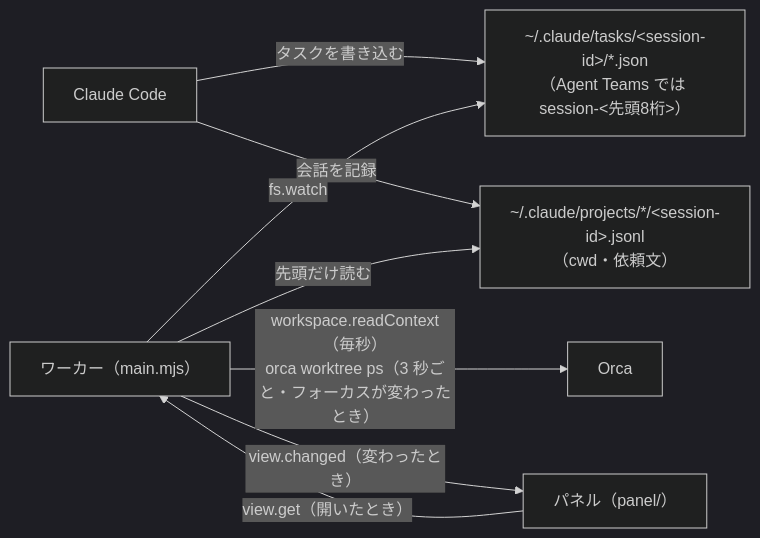
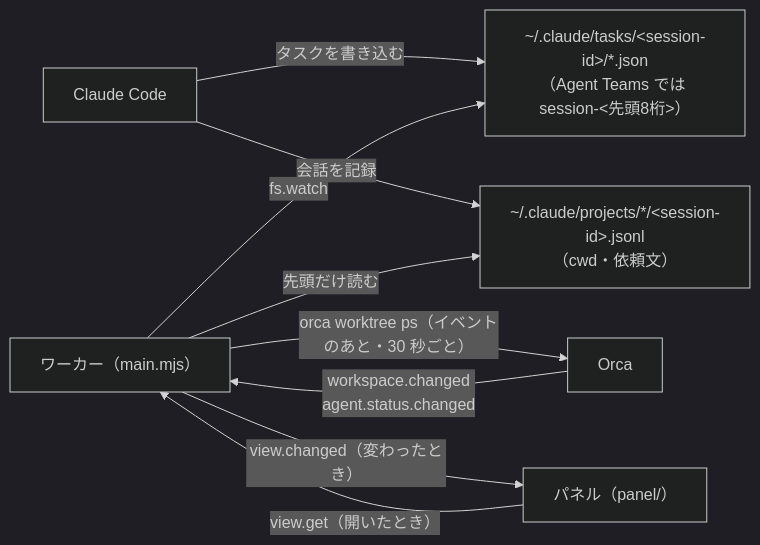
The diagram in README.md (andoshin11/orca-milestone), drawn with Mermaid (dark theme) before and after one commit. The commit also changed other lines of this file and 5 other files, not shown here.

First line of the commit message:
Follow Orca's events instead of polling for the focus and agent states

````diff
--- a/README.md
+++ b/README.md
@@ -70,10 +70,11 @@
 ```mermaid
 flowchart LR
   claude["Claude Code"] -- "タスクを書き込む" --> tasks["~/.claude/tasks/&lt;session-id&gt;/*.json<br/>（Agent Teams では session-&lt;先頭8桁&gt;）"]
   claude -- "会話を記録" --> transcript["~/.claude/projects/*/&lt;session-id&gt;.jsonl<br/>（cwd・依頼文）"]
   worker["ワーカー（main.mjs）"] -- "fs.watch" --> tasks
   worker -- "先頭だけ読む" --> transcript
-  worker -- "workspace.readContext（毎秒）<br/>orca worktree ps（3 秒ごと・フォーカスが変わったとき）" --> orca["Orca"]
+  orca["Orca"] -- "workspace.changed<br/>agent.status.changed" --> worker
+  worker -- "orca worktree ps（イベントのあと・30 秒ごと）" --> orca
   panel["パネル（panel/）"] -- "view.get（開いたとき）" --> worker
   worker -- "view.changed（変わったとき）" --> panel
 ```
````
